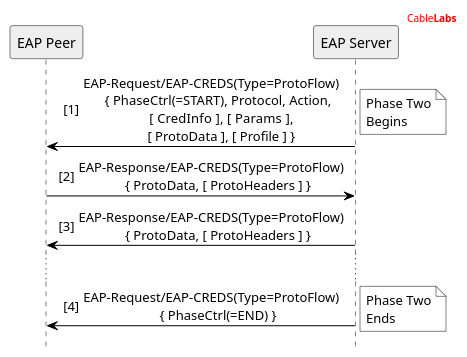
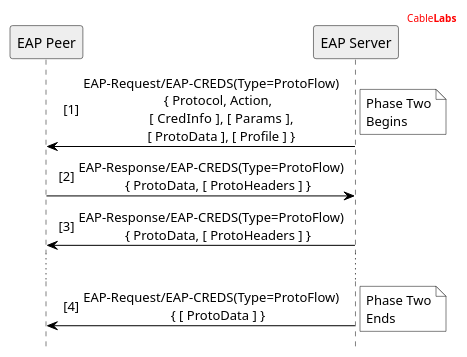
Before and after one commit to openca/eap-creds: the diagram in UML/EAP-CREDS Phase Two Flow.puml, drawn with PlantUML. The commit also changed 6 other files, not shown here.

```diff
--- a/UML/EAP-CREDS Phase Two Flow.puml
+++ b/UML/EAP-CREDS Phase Two Flow.puml
@@ -2,43 +2,43 @@
 @startuml
 
 '' header information
 header
 <font color="red">Cable<b>Labs</b></font>
 endheader
 
 '' Use this to hide the foot boxes
 hide footbox
 
 skinparam sequenceMessageAlign center
 skinparam NoteBorderColor black
 '' skinparam BackgroundColor #ddd
 
 skinparam sequence {
 	borderColor black
 	ArrowColor black
 	ActorBorderColor black
 	ParticipantBorderColor black
 	LifeLineBorderColor black
 	LifeLineBackgroundColor white
 }
 
 '' Participants Declaration
 Participant "EAP Peer" as P #eee
 Participant "EAP Server" as S #eee
 
 autonumber 1 "[##]"
 
-S->P: EAP-Request/EAP-CREDS(Type=ProtoFlow)\n    { PhaseCtrl(=START), Protocol, Action,\n      [ CredInfo  ], [ Params ],\n      [ ProtoData ], [ Profile ] }
+S->P: EAP-Request/EAP-CREDS(Type=ProtoFlow)\n    { Protocol, Action,\n      [ CredInfo  ], [ Params ],\n      [ ProtoData ], [ Profile ] }
 note right #fff: Phase Two\nBegins
 
 P->S: EAP-Response/EAP-CREDS(Type=ProtoFlow)\n    { ProtoData, [ ProtoHeaders ] }
 
 S->P: EAP-Response/EAP-CREDS(Type=ProtoFlow)\n    { ProtoData, [ ProtoHeaders ] }
 
 ...
 
-S->P: EAP-Request/EAP-CREDS(Type=ProtoFlow)\n    { PhaseCtrl(=END) }
+S->P: EAP-Request/EAP-CREDS(Type=ProtoFlow)\n    { [ ProtoData ] }
 note right #fff: Phase Two\nEnds
 
 
 @enduml
```
